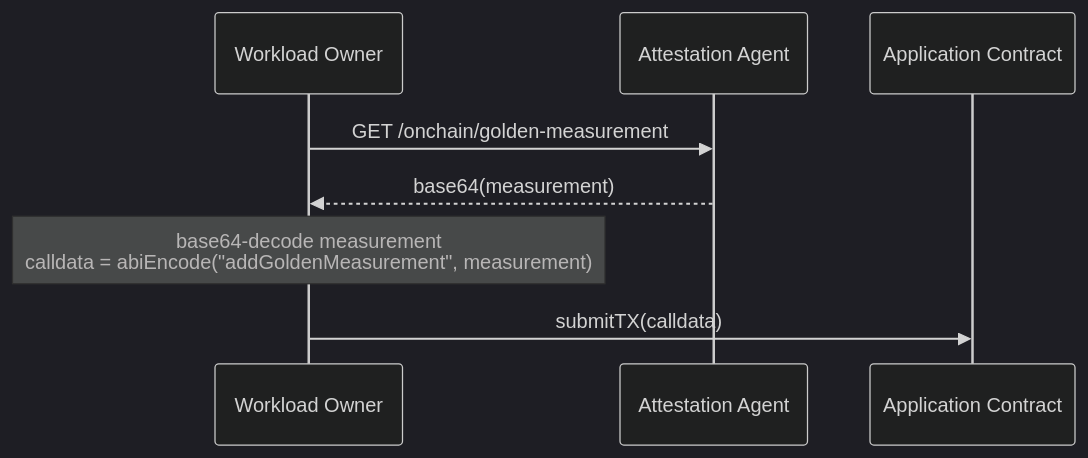
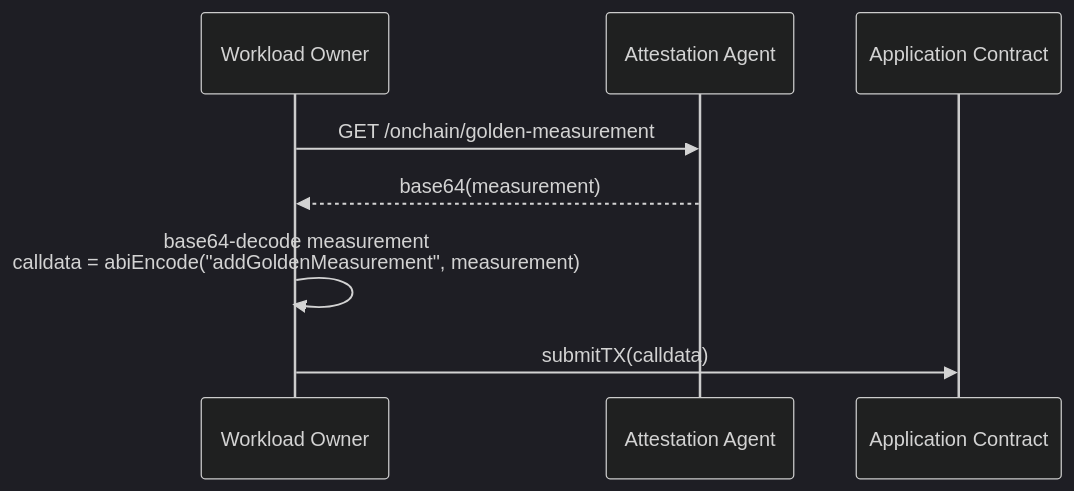
The first of 6 diagrams in docs/onchain-workflows.md (nuconstruct-ltd/automata-linux), drawn with Mermaid (dark theme) before and after one commit. The commit also changed other lines of this file and 1 other file, not shown here.

````diff
--- a/docs/onchain-workflows.md
+++ b/docs/onchain-workflows.md
@@ -7,11 +7,11 @@
 ```mermaid
 sequenceDiagram
     participant WO as Workload Owner
     participant AA as Attestation Agent
     participant AC as Application Contract
 
     WO->>AA: GET /onchain/golden-measurement
     AA-->>WO: base64(measurement)
-    note over WO: base64-decode measurement <br/> calldata = abiEncode("addGoldenMeasurement", measurement)
+    WO->>WO: base64-decode measurement <br/> calldata = abiEncode("addGoldenMeasurement", measurement)
     WO->>AC: submitTX(calldata)
 ```
````
